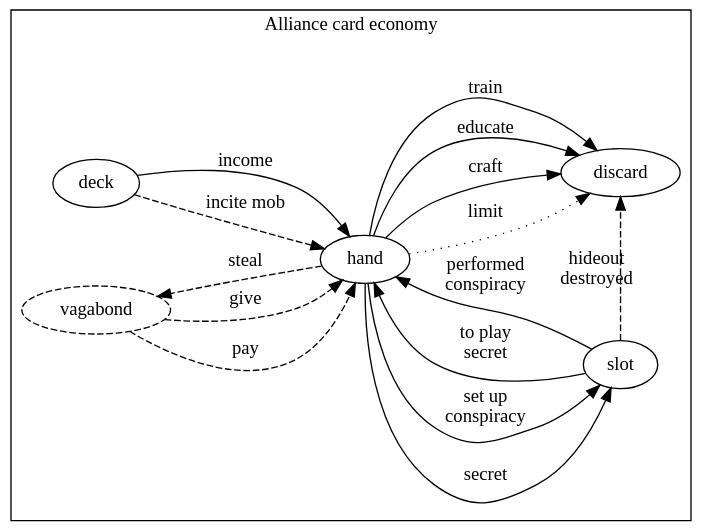
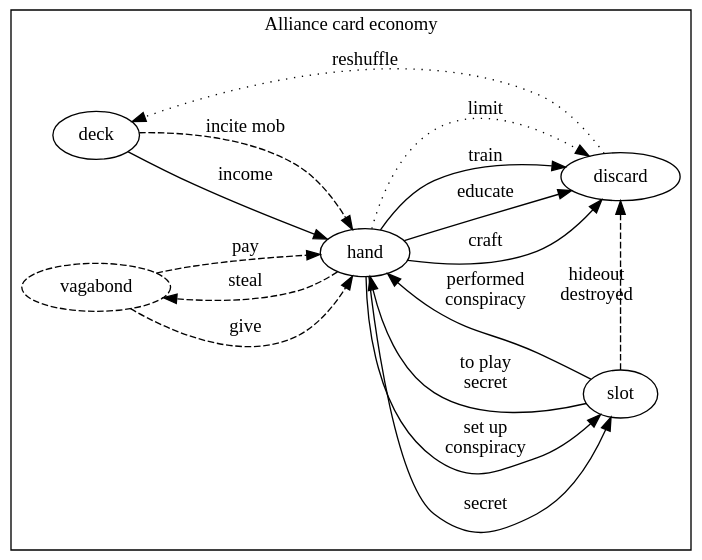
The diagram in diagrams/alliance-cards.dot (krawaller/root), drawn with Graphviz before and after one commit. The commit also changed 7 other files, not shown here.

Commit message:
add discard to deck lines to card economies

```diff
--- a/diagrams/alliance-cards.dot
+++ b/diagrams/alliance-cards.dot
@@ -1,39 +1,41 @@
 digraph {
   rankdir = LR;
   bgcolor = transparent;
 
   subgraph cluster_alliancecards {
 
-    label = "Alliance card economy"
+    label = "Alliance card economy\n "
 
     deck -> hand [label="income"]
 
     hand -> discard [label="limit" style=dotted]
 
     hand -> discard [label="craft"]
 
     hand -> discard [label="educate"]
 
     hand -> discard [label="train"]
 
     slot -> hand [label="to play\nsecret"]
 
     hand -> slot [label="secret"]
 
     hand -> slot [label="set up\nconspiracy"]
 
     slot -> hand [label="performed\nconspiracy"]
 
     slot -> discard [label="hideout\ndestroyed" style=dashed]
 
     deck -> hand [label="incite mob" style=dashed]
 
+    discard -> deck [label="reshuffle" style=dotted]
+
     vagabond [style=dashed]
     vagabond -> hand [label="pay" style=dashed]
     vagabond -> hand [label="give" style=dashed]
     hand -> vagabond [label="steal" style=dashed]
 
     {rank=same; deck, vagabond}
     {rank=same; slot, discard}
   }
 }
```
